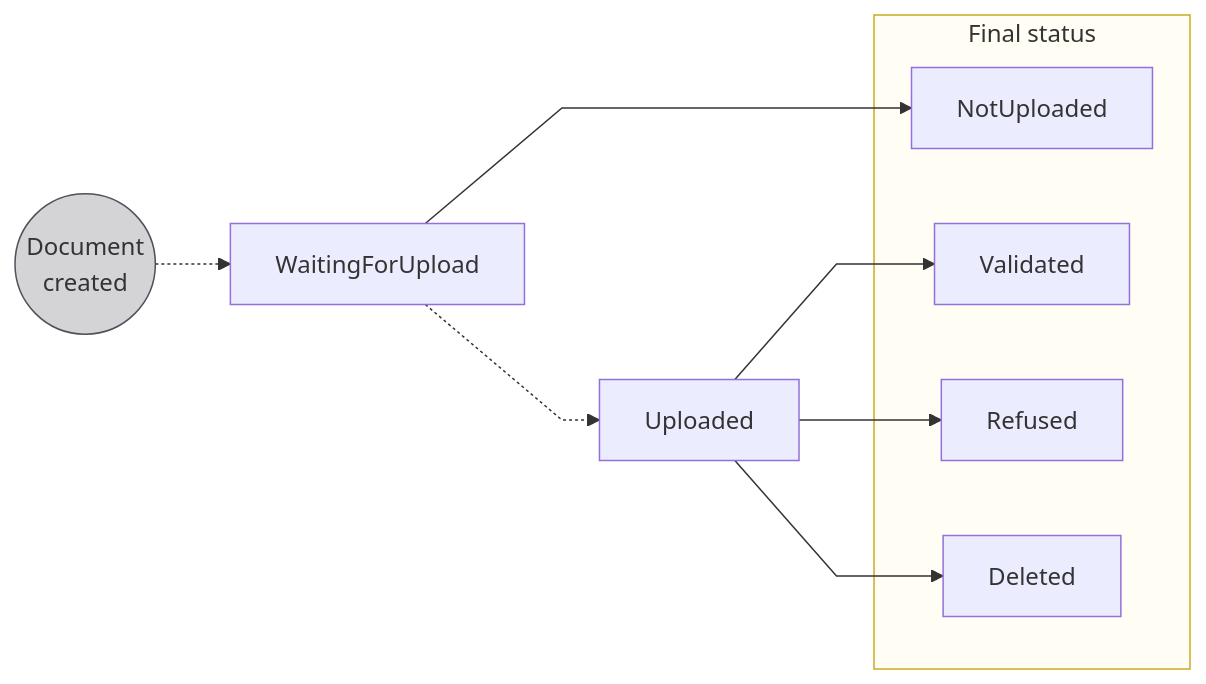
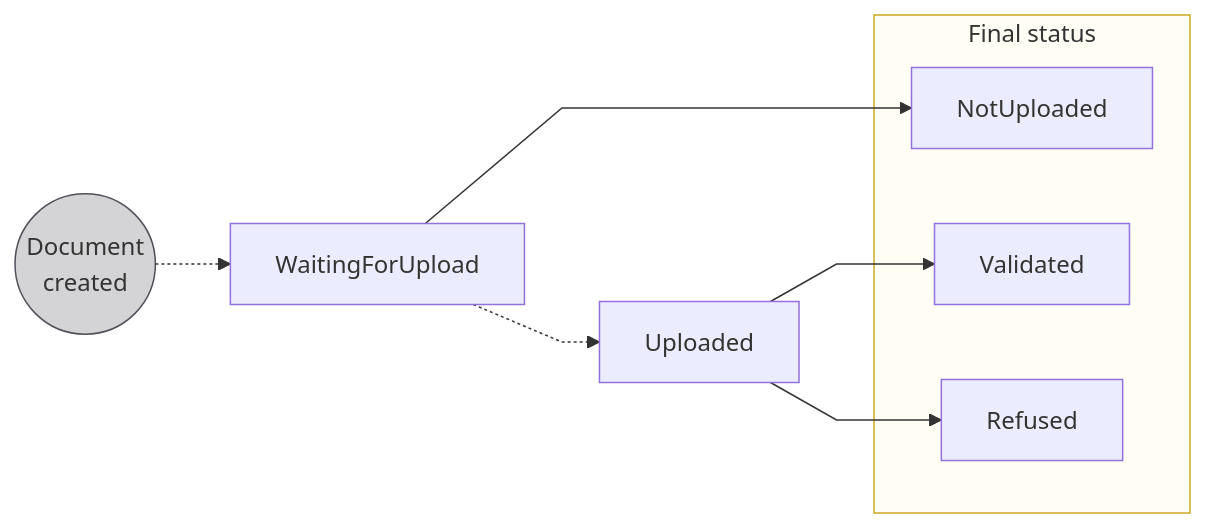
One commit to swan-io/docs changed the second of 2 diagrams in docs/accounts/concepts/documents/statuses.mdx. Above: the diagram before and after it, drawn with Mermaid. The commit also changed other lines of this file and 14 other files, not shown here.

````diff
--- a/docs/accounts/concepts/documents/statuses.mdx
+++ b/docs/accounts/concepts/documents/statuses.mdx
@@ -46,18 +46,16 @@
 ```mermaid
 %%{ init: { 'flowchart': { 'curve': 'linear' } } }%%
 flowchart LR
     DO((Document<br/>created)) -.-> W[WaitingForUpload]
     W --> NU[NotUploaded]
     W -.-> U[Uploaded]
     U --> V[Validated]
     U --> RF[Refused]
-    U --> D[Deleted]
     subgraph F[Final status]
         V
         RF
-        D
         NU
     end
     style DO fill:#D4D3D5,stroke:#514F59
     style F fill:#fffdf4,stroke:#cca922
 ```
````
